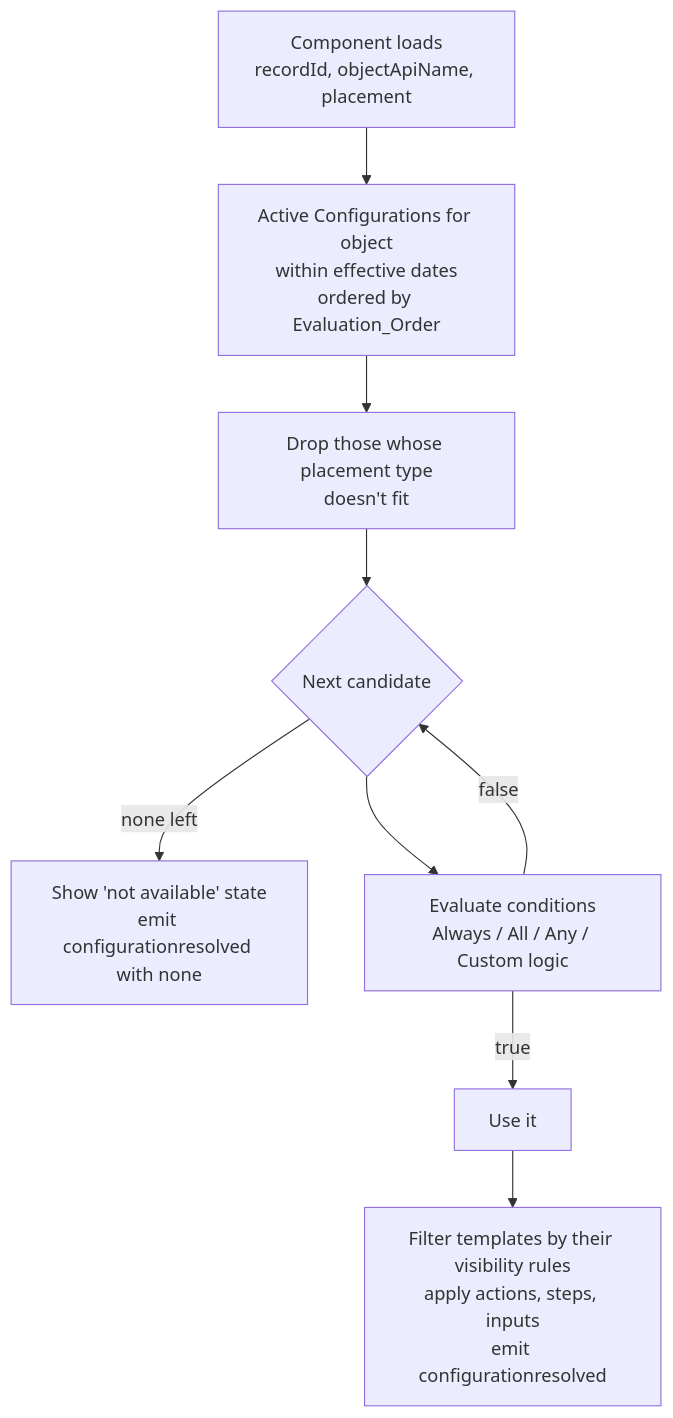
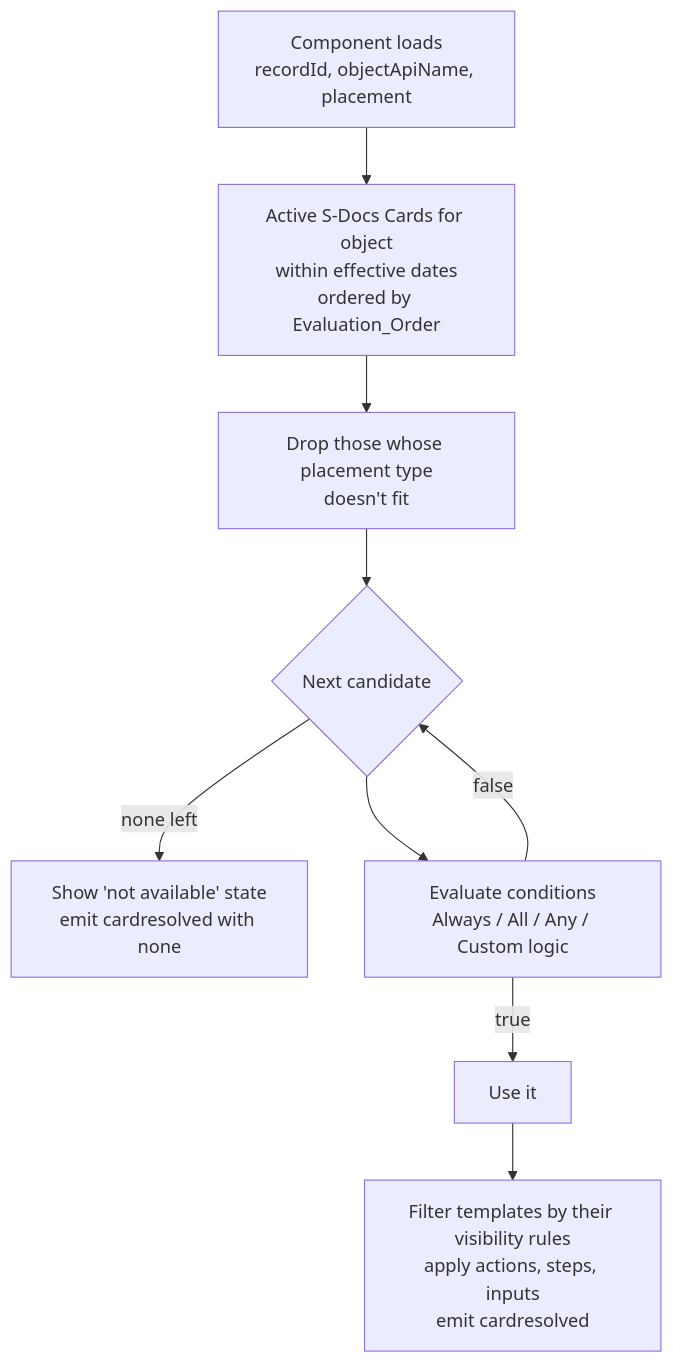
One commit to anand-sdocs/ux-prototypes changed the second of 2 diagrams in salesforce_lwc_2_0/data-model.md. Above: the diagram before and after it, drawn with Mermaid. The commit also changed other lines of this file and 6 other files, not shown here.

First line of the commit message:
LWC 2.0: rename Document Configurations to S-Docs Cards

````diff
--- a/salesforce_lwc_2_0/data-model.md
+++ b/salesforce_lwc_2_0/data-model.md
@@ -343,11 +343,11 @@
 ```mermaid
 flowchart TD
-    A[Component loads<br/>recordId, objectApiName, placement] --> E[Active Configurations for object<br/>within effective dates<br/>ordered by Evaluation_Order]
+    A[Component loads<br/>recordId, objectApiName, placement] --> E[Active S-Docs Cards for object<br/>within effective dates<br/>ordered by Evaluation_Order]
     E --> F[Drop those whose placement type<br/>doesn't fit]
     F --> G{Next candidate}
-    G -- none left --> N[Show 'not available' state<br/>emit configurationresolved with none]
+    G -- none left --> N[Show 'not available' state<br/>emit cardresolved with none]
     G --> H[Evaluate conditions<br/>Always / All / Any / Custom logic]
     H -- false --> G
     H -- true --> W[Use it]
-    W --> T[Filter templates by their visibility rules<br/>apply actions, steps, inputs<br/>emit configurationresolved]
+    W --> T[Filter templates by their visibility rules<br/>apply actions, steps, inputs<br/>emit cardresolved]
 ```
````
